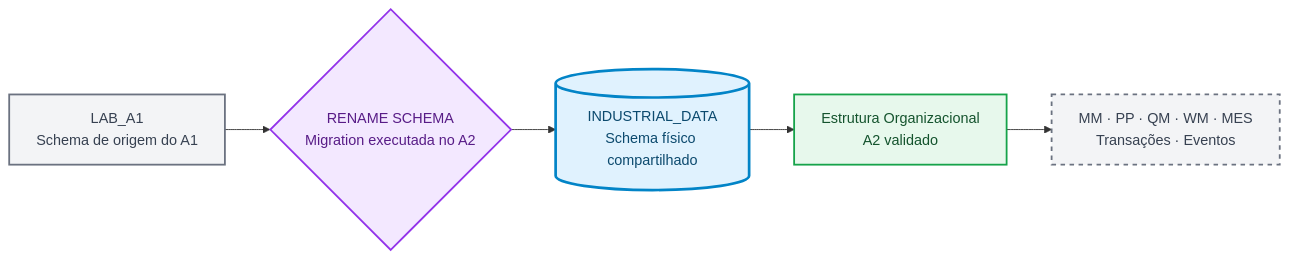
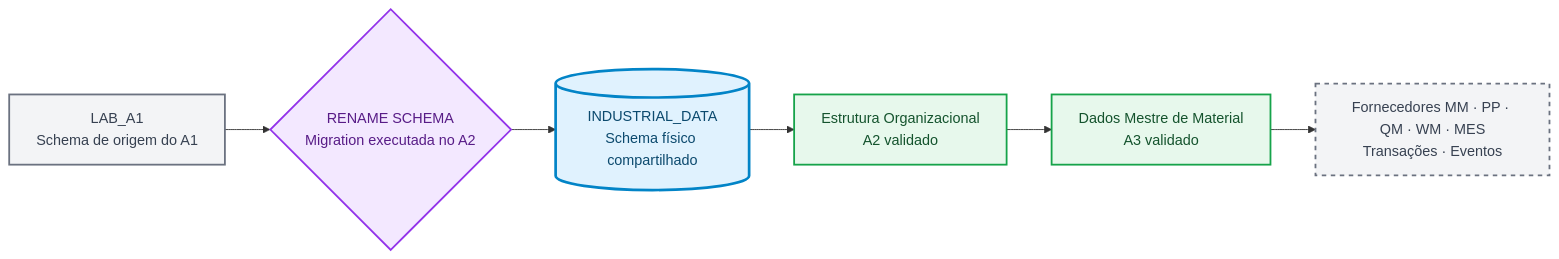
One commit to OrlandoCaetano2026/SAP_HANA_Cloud_Data_Engineering_Learning changed the first of 3 diagrams in Industrial-Data-Universe/Blueprint/BR/industrial-data-universe-blueprint.md. Above: the diagram before and after it, drawn with Mermaid. The commit also changed other lines of this file and 31 other files, not shown here.

````diff
--- a/Industrial-Data-Universe/Blueprint/BR/industrial-data-universe-blueprint.md
+++ b/Industrial-Data-Universe/Blueprint/BR/industrial-data-universe-blueprint.md
@@ -29,14 +29,15 @@
 ```mermaid
 flowchart LR
     OLD["LAB_A1<br/>Schema de origem do A1"]:::previous
     MIG{"RENAME SCHEMA<br/>Migration executada no A2"}:::migration
     NEW[("INDUSTRIAL_DATA<br/>Schema físico compartilhado")]:::current
     ES["Estrutura Organizacional<br/>A2 validado"]:::done
-    FUT["MM · PP · QM · WM · MES<br/>Transações · Eventos"]:::future
-    OLD --> MIG --> NEW --> ES --> FUT
+    MM["Dados Mestre de Material<br/>A3 validado"]:::done
+    FUT["Fornecedores MM · PP · QM · WM · MES<br/>Transações · Eventos"]:::future
+    OLD --> MIG --> NEW --> ES --> MM --> FUT
     classDef previous fill:#F3F4F6,stroke:#6B7280,color:#374151,stroke-width:2px;
     classDef migration fill:#F3E8FF,stroke:#9333EA,color:#581C87,stroke-width:2px;
     classDef current fill:#E0F2FE,stroke:#0284C7,color:#0C4A6E,stroke-width:3px;
     classDef done fill:#E7F8EC,stroke:#16A34A,color:#14532D,stroke-width:2px;
     classDef future fill:#F3F4F6,stroke:#6B7280,color:#374151,stroke-width:2px,stroke-dasharray:5 5;
 ```
````
